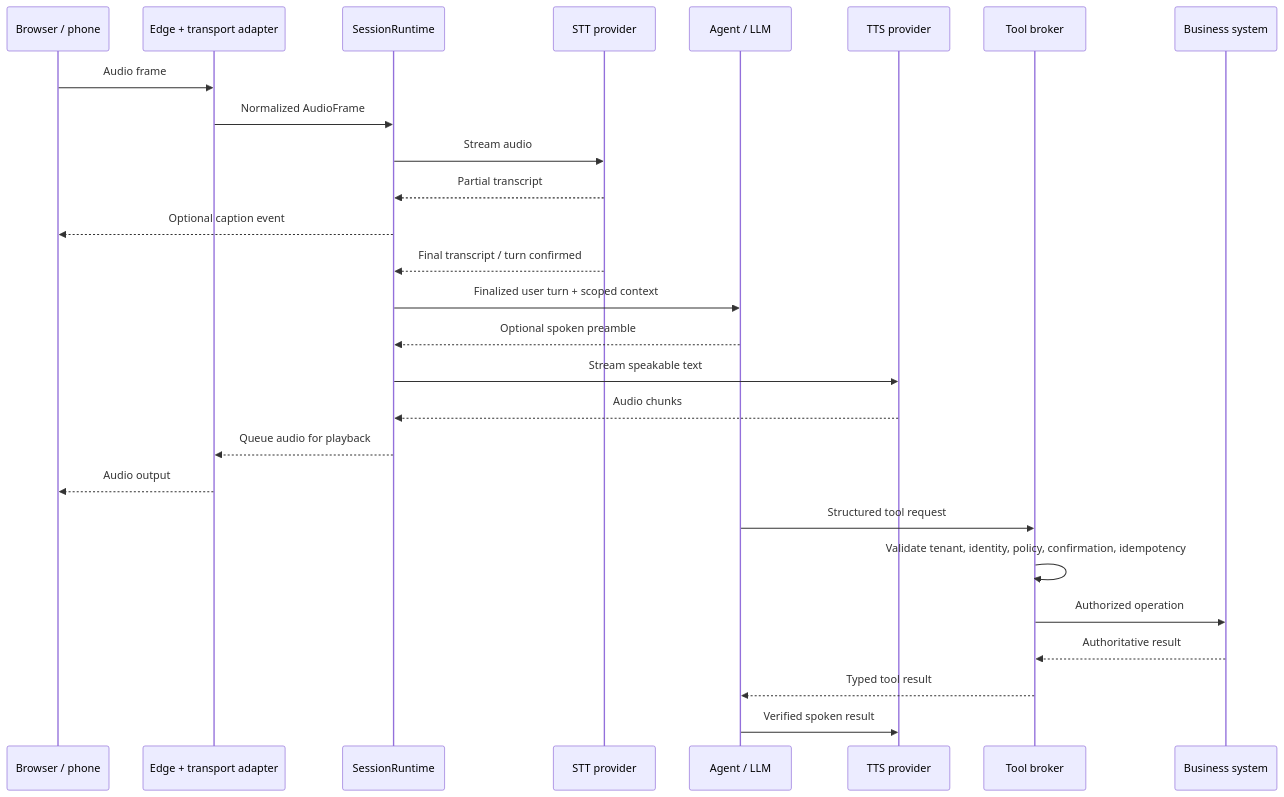
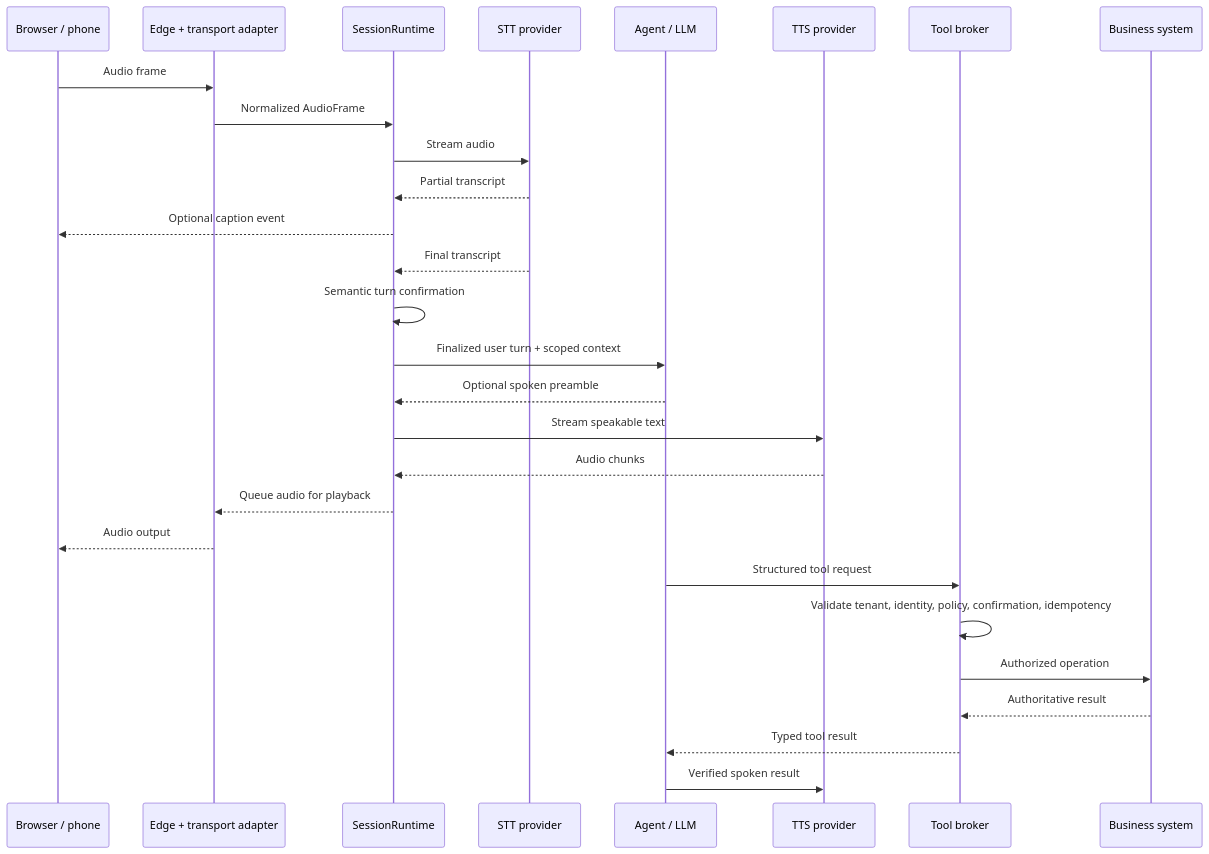
The second of 10 diagrams in docs/voice-agent-architecture-diagrams.md (d-schneid/voice-agents), drawn with Mermaid before and after one commit. The commit also changed other lines of this file, not shown here.

Commit message:
Audit voice agent architecture diagrams

````diff
--- a/docs/voice-agent-architecture-diagrams.md
+++ b/docs/voice-agent-architecture-diagrams.md
@@ -105,30 +118,31 @@
 ```mermaid
 sequenceDiagram
     participant C as Browser / phone
     participant E as Edge + transport adapter
     participant R as SessionRuntime
     participant S as STT provider
     participant A as Agent / LLM
     participant T as TTS provider
     participant P as Tool broker
     participant D as Business system
 
     C->>E: Audio frame
     E->>R: Normalized AudioFrame
     R->>S: Stream audio
     S-->>R: Partial transcript
     R-->>C: Optional caption event
-    S-->>R: Final transcript / turn confirmed
+    S-->>R: Final transcript
+    R->>R: Semantic turn confirmation
     R->>A: Finalized user turn + scoped context
     A-->>R: Optional spoken preamble
     R->>T: Stream speakable text
     T-->>R: Audio chunks
     R-->>E: Queue audio for playback
     E-->>C: Audio output
     A->>P: Structured tool request
     P->>P: Validate tenant, identity, policy, confirmation, idempotency
     P->>D: Authorized operation
     D-->>P: Authoritative result
     P-->>A: Typed tool result
     A->>T: Verified spoken result
 ```
````
